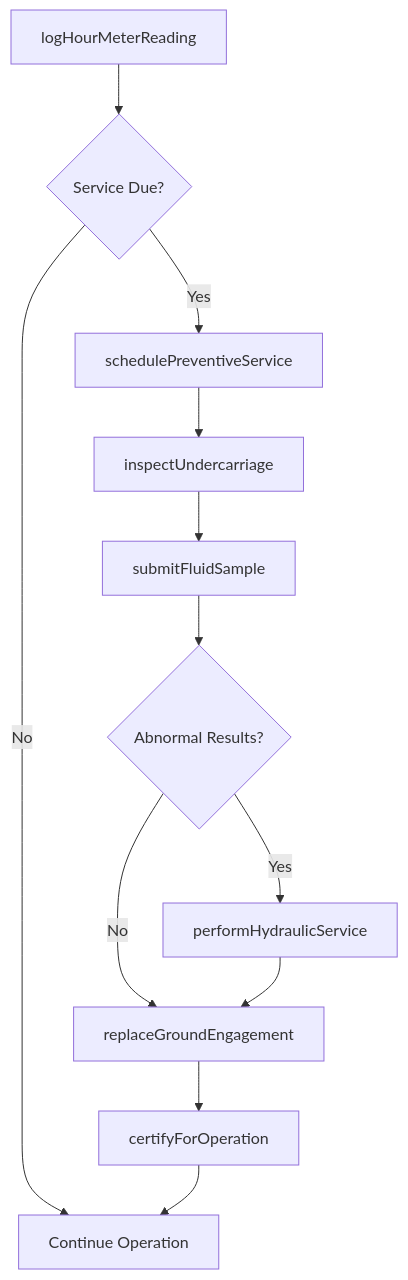
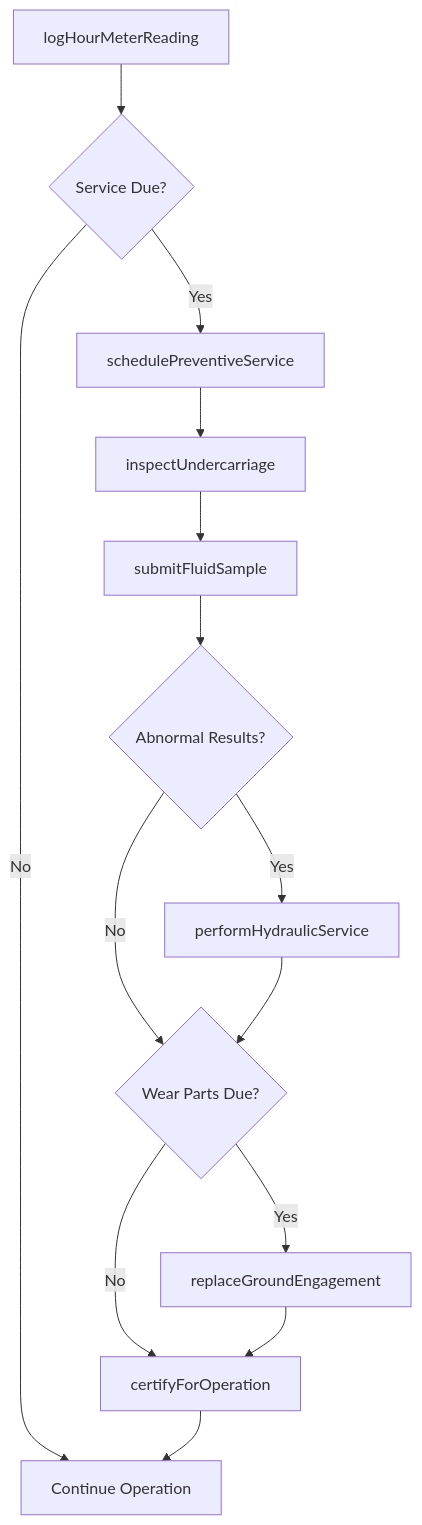
One commit to dot-org-ai/tasks.org.ai changed the third of 4 diagrams in RepairingAndMaintainingMechanicalEquipment/MaintainToolsOrEquipment/MaintainExtractionExcavationEquipment.mdx. Above: the diagram before and after it, drawn with Mermaid. The commit also changed other lines of this file and 504 other files, not shown here.

First line of the commit message:
feat: Add ER diagrams, state diagrams, and workflow improvements to 96 DWA task files

````diff
--- a/RepairingAndMaintainingMechanicalEquipment/MaintainToolsOrEquipment/MaintainExtractionExcavationEquipment.mdx
+++ b/RepairingAndMaintainingMechanicalEquipment/MaintainToolsOrEquipment/MaintainExtractionExcavationEquipment.mdx
@@ -86,14 +116,16 @@
 ```mermaid
 graph TD
     A[logHourMeterReading] --> B{Service Due?}
     B -->|Yes| C[schedulePreventiveService]
     B -->|No| D[Continue Operation]
     C --> E[inspectUndercarriage]
     E --> F[submitFluidSample]
     F --> G{Abnormal Results?}
     G -->|Yes| H[performHydraulicService]
-    G -->|No| I[replaceGroundEngagement]
+    G -->|No| I{Wear Parts Due?}
     H --> I
-    I --> J[certifyForOperation]
-    J --> D
+    I -->|Yes| J[replaceGroundEngagement]
+    I -->|No| K[certifyForOperation]
+    J --> K
+    K --> D
 ```
````
